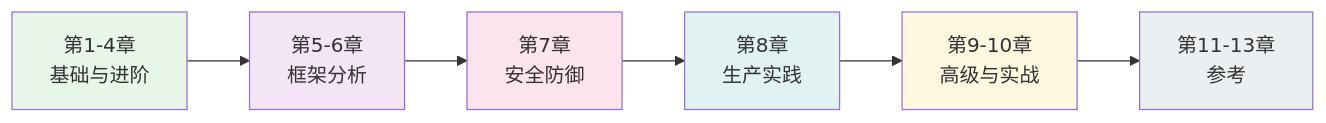
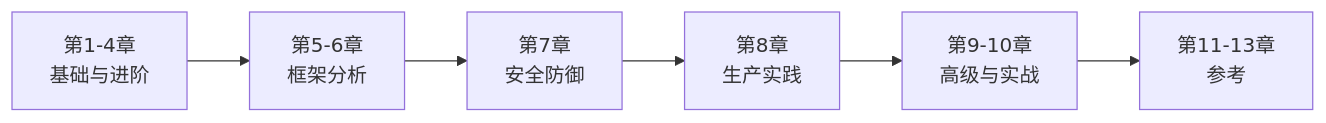
The sixth of 7 diagrams in 01-introduction-zh.md (yuexiaoliang/prompt-engineering-learning), drawn with Mermaid before and after one commit. The commit also changed other lines of this file and 9 other files, not shown here.

First line of the commit message:
fix(prompt-engineering): remove hardcoded mermaid fill styles for theme auto-adaptation

````diff
--- a/01-introduction-zh.md
+++ b/01-introduction-zh.md
@@ -476,15 +449,8 @@
 ```mermaid
 flowchart LR
     A[第1-4章<br/>基础与进阶] --> B[第5-6章<br/>框架分析]
     B --> C[第7章<br/>安全防御]
     C --> D[第8章<br/>生产实践]
     D --> E[第9-10章<br/>高级与实战]
     E --> F[第11-13章<br/>参考]
-
-    style A fill:#e8f5e9
-    style B fill:#f3e5f5
-    style C fill:#fce4ec
-    style D fill:#e0f2f1
-    style E fill:#fff8e1
-    style F fill:#eceff1
 ```
````
